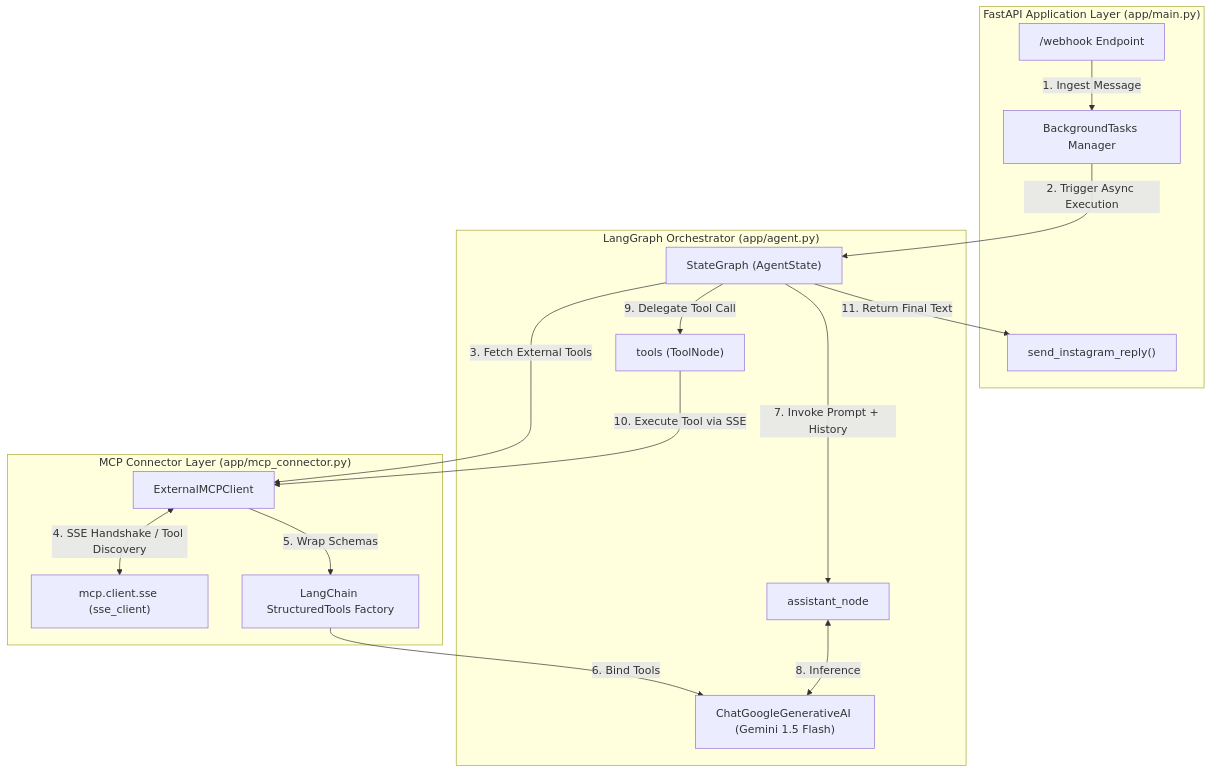
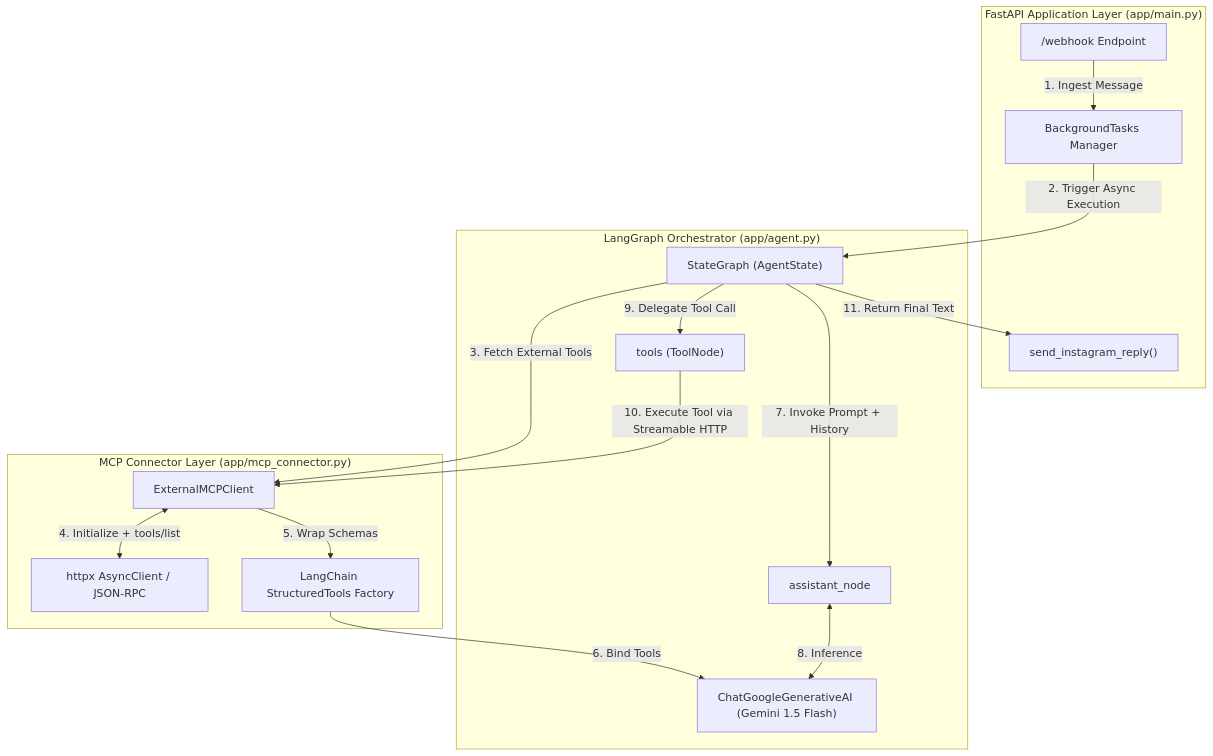
Before and after one commit to worldhorizontechnology/services: the first of 5 diagrams in docs/spec/instagram.sales_bot.md, drawn with Mermaid. The commit also changed other lines of this file and 3 other files, not shown here.

````diff
--- a/docs/spec/instagram.sales_bot.md
+++ b/docs/spec/instagram.sales_bot.md
@@ -41,36 +41,36 @@
 ```mermaid
 graph TB
     subgraph Web_Transport["FastAPI Application Layer (app/main.py)"]
         Webhook["/webhook Endpoint"]
         BGManager["BackgroundTasks Manager"]
         IGSender["send_instagram_reply()"]
     end
 
     subgraph LangGraph_Engine["LangGraph Orchestrator (app/agent.py)"]
         StateGraph["StateGraph (AgentState)"]
         AssistantNode["assistant_node"]
         ToolNode["tools (ToolNode)"]
         GeminiLLM["ChatGoogleGenerativeAI (Gemini 1.5 Flash)"]
     end
 
     subgraph MCP_Integration["MCP Connector Layer (app/mcp_connector.py)"]
         Client["ExternalMCPClient"]
-        SSEStream["mcp.client.sse (sse_client)"]
+        HTTPClient["httpx AsyncClient / JSON-RPC"]
         ToolWrapper["LangChain StructuredTools Factory"]
     end
 
     Webhook -->|1. Ingest Message| BGManager
     BGManager -->|2. Trigger Async Execution| StateGraph
     StateGraph -->|3. Fetch External Tools| Client
-    Client <-->|4. SSE Handshake / Tool Discovery| SSEStream
+    Client <-->|4. Initialize + tools/list| HTTPClient
     Client -->|5. Wrap Schemas| ToolWrapper
     ToolWrapper -->|6. Bind Tools| GeminiLLM
     
     StateGraph -->|7. Invoke Prompt + History| AssistantNode
     AssistantNode <-->|8. Inference| GeminiLLM
     StateGraph -->|9. Delegate Tool Call| ToolNode
-    ToolNode -->|10. Execute Tool via SSE| Client
+    ToolNode -->|10. Execute Tool via Streamable HTTP| Client
     
     StateGraph -->|11. Return Final Text| IGSender
 
 ```
````
